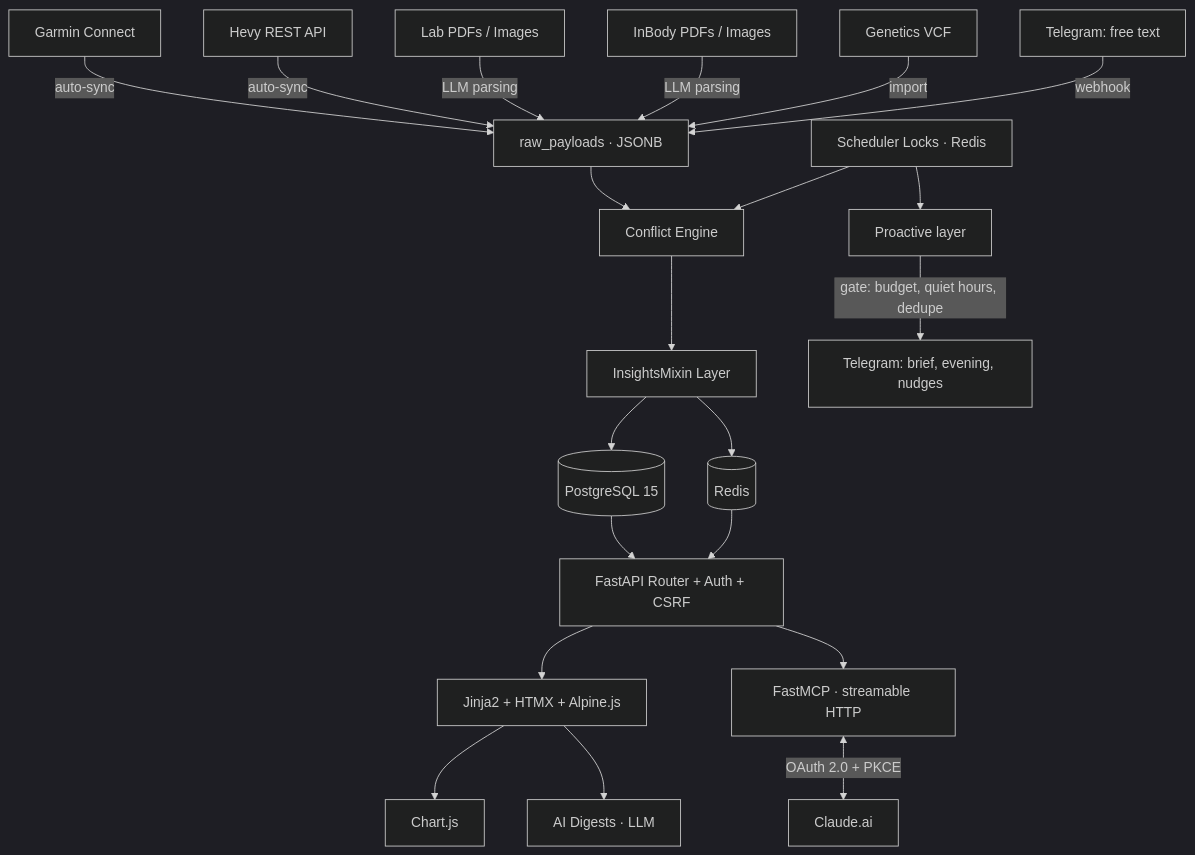
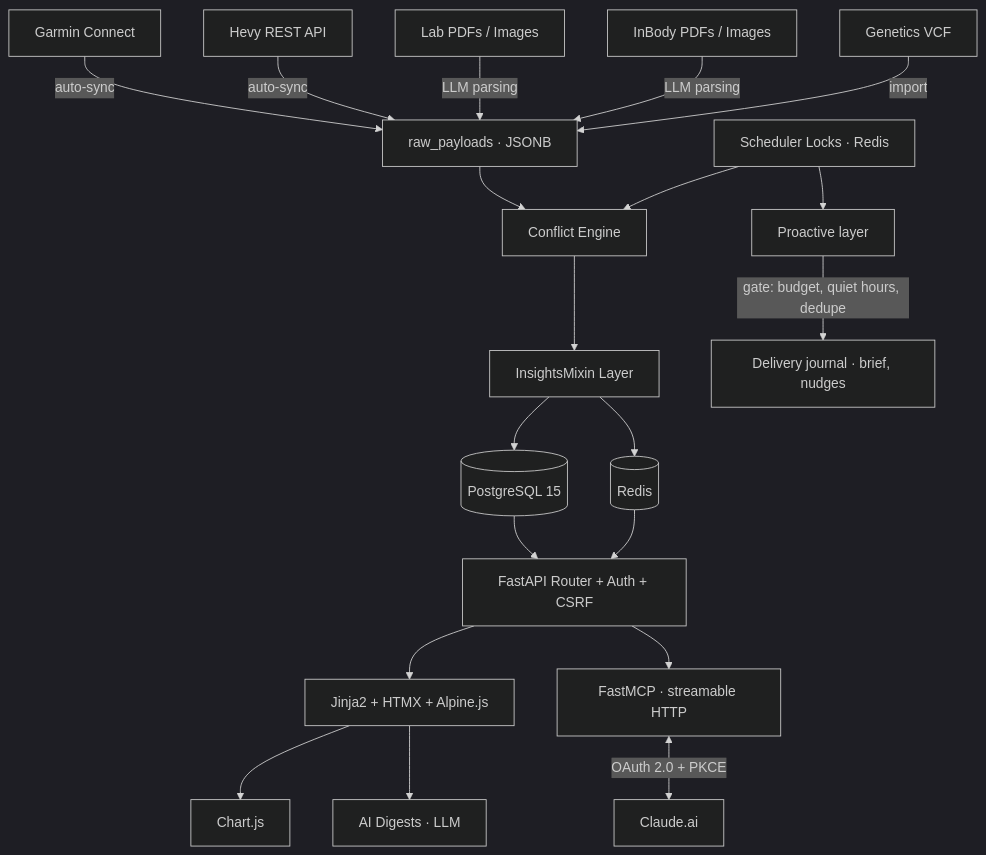
One commit to LeMillion1/vitals changed the second of 2 diagrams in README.md. Above: the diagram before and after it, drawn with Mermaid (dark theme). The commit also changed other lines of this file and 30 other files, not shown here.

````diff
--- a/README.md
+++ b/README.md
@@ -1092,27 +1055,26 @@
 ```mermaid
 graph TD
     Garmin[Garmin Connect] -->|auto-sync| Raw[raw_payloads · JSONB]
     Hevy[Hevy REST API] -->|auto-sync| Raw
     Labs[Lab PDFs / Images] -->|LLM parsing| Raw
     BIA[InBody PDFs / Images] -->|LLM parsing| Raw
     VCF[Genetics VCF] -->|import| Raw
-    TGin[Telegram: free text] -->|webhook| Raw
 
     Raw --> CE[Conflict Engine]
     CE --> IL[InsightsMixin Layer]
     Scheduler[Scheduler Locks · Redis] --> CE
 
     IL --> DB[(PostgreSQL 15)]
     IL --> Cache[(Redis)]
 
     DB & Cache --> FastAPI[FastAPI Router + Auth + CSRF]
 
     FastAPI --> UI[Jinja2 + HTMX + Alpine.js]
     FastAPI --> MCP[FastMCP · streamable HTTP]
     Scheduler --> PL[Proactive layer]
-    PL -->|gate: budget, quiet hours, dedupe| TGout[Telegram: brief, evening, nudges]
+    PL -->|gate: budget, quiet hours, dedupe| Out[Delivery journal · brief, nudges]
 
     UI --> Charts[Chart.js]
     UI --> AI[AI Digests · LLM]
     MCP <-->|OAuth 2.0 + PKCE| Claude[Claude.ai]
 ```
````
